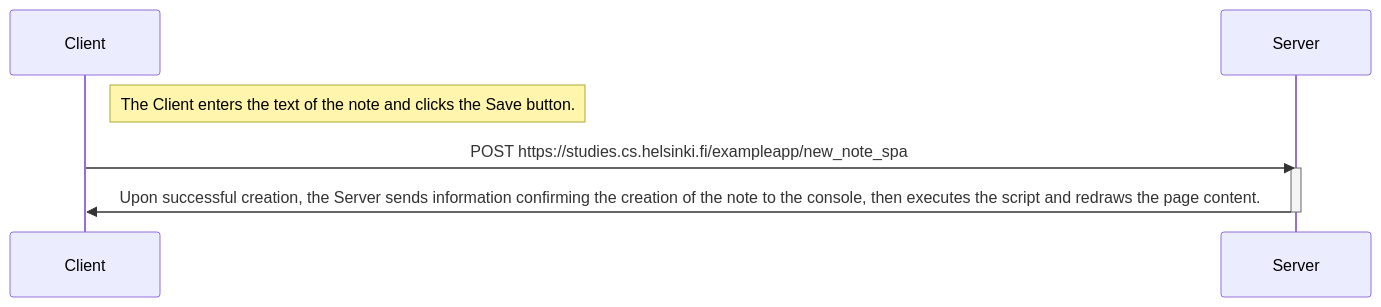
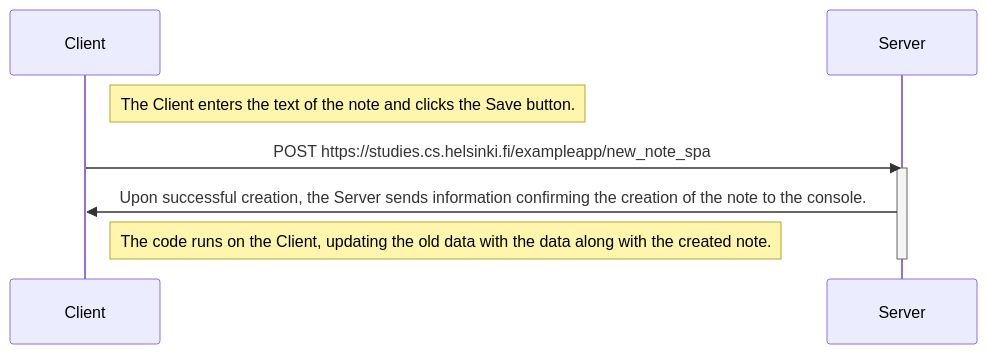
The diagram in Part 0/Exercise 6/new-note-spa-diagram.md (eclypse13/fullstackopen), drawn with Mermaid before and after one commit.

Commit message:
rewrite, add more clarity

````diff
--- a/Part 0/Exercise 6/new-note-spa-diagram.md
+++ b/Part 0/Exercise 6/new-note-spa-diagram.md
@@ -1,11 +1,12 @@
 ```mermaid
 sequenceDiagram
     participant Client
     participant Server
 
     Note right of Client: The Client enters the text of the note and clicks the Save button.
     Client->>Server: POST https://studies.cs.helsinki.fi/exampleapp/new_note_spa
     activate Server
-    Server->>Client: Upon successful creation, the Server sends information confirming the creation of the note to the console, then executes the script and redraws the page content.
+    Server->>Client: Upon successful creation, the Server sends information confirming the creation of the note to the console.
+    Note right of Client: The code runs on the Client, updating the old data with the data along with the created note.
     deactivate Server
 ```
````
